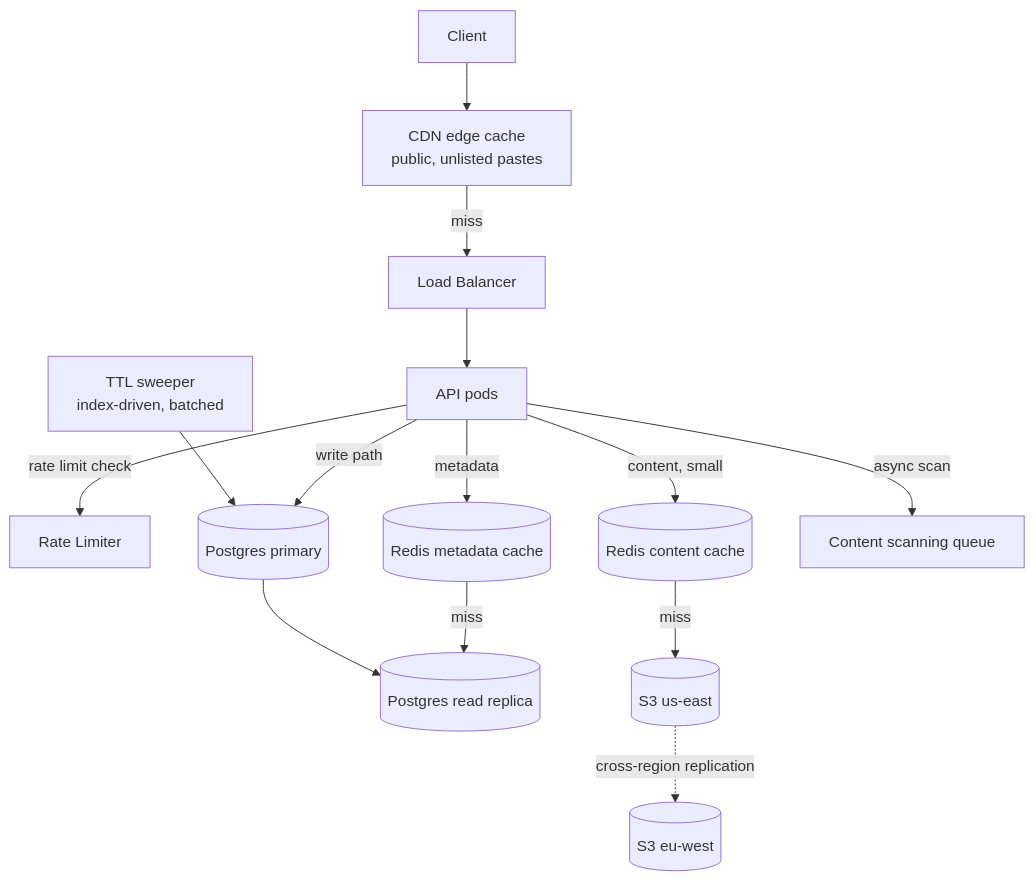
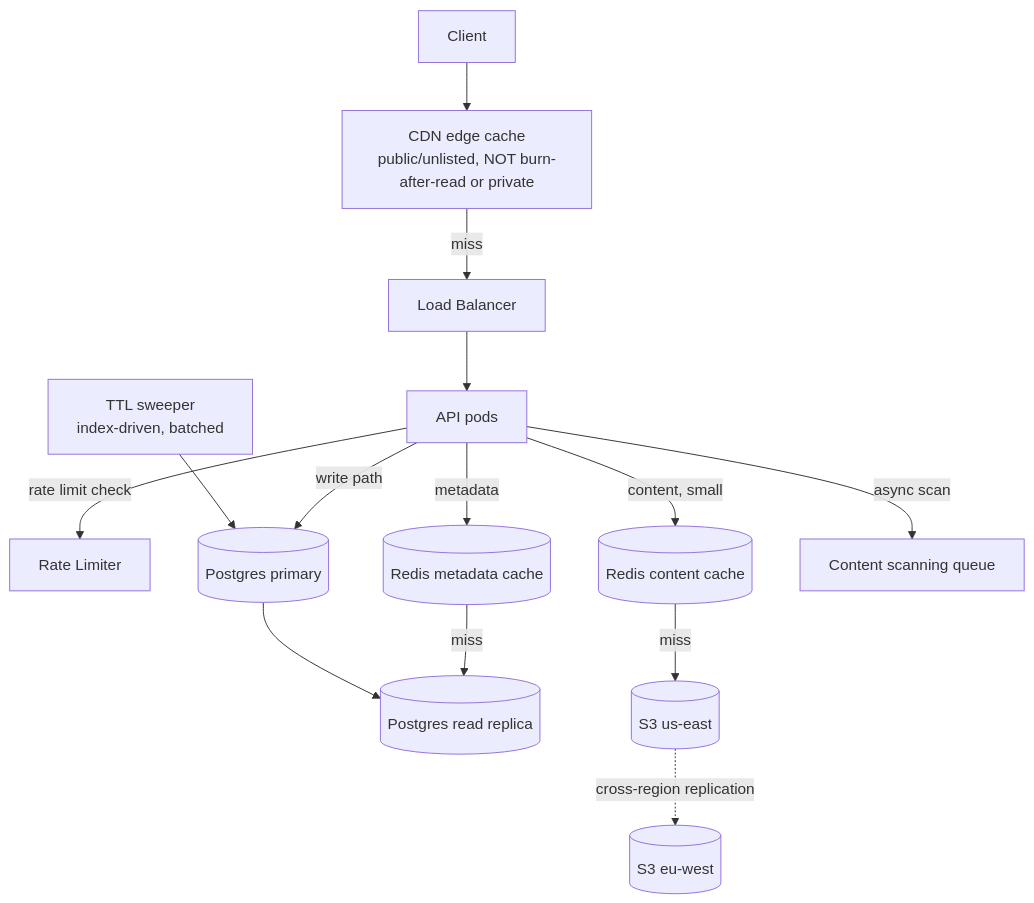
Before and after one commit to sanketn26/interview-prep: the third of 3 diagrams in docs/system-design-exercises/pastebin.md, drawn with Mermaid. The commit also changed other lines of this file and 93 other files, not shown here.

````diff
--- a/docs/system-design-exercises/pastebin.md
+++ b/docs/system-design-exercises/pastebin.md
@@ -220,16 +220,16 @@
 ```mermaid
 graph TD
-    Client --> CDN[CDN edge cache\npublic, unlisted pastes]
+    Client --> CDN[CDN edge cache\npublic/unlisted, NOT burn-after-read or private]
     CDN -->|miss| LB[Load Balancer]
     LB --> API[API pods]
     API -->|rate limit check| RL[Rate Limiter]
     API -->|metadata| MC[(Redis metadata cache)]
     MC -->|miss| PGr[(Postgres read replica)]
     API -->|content, small| CC[(Redis content cache)]
     CC -->|miss| S3US[(S3 us-east)]
     API -->|write path| PGw[(Postgres primary)]
     PGw --> PGr
     API -->|async scan| Scan[Content scanning queue]
     S3US -.->|cross-region replication| S3EU[(S3 eu-west)]
     TTL[TTL sweeper\nindex-driven, batched] --> PGw
 ```
````
